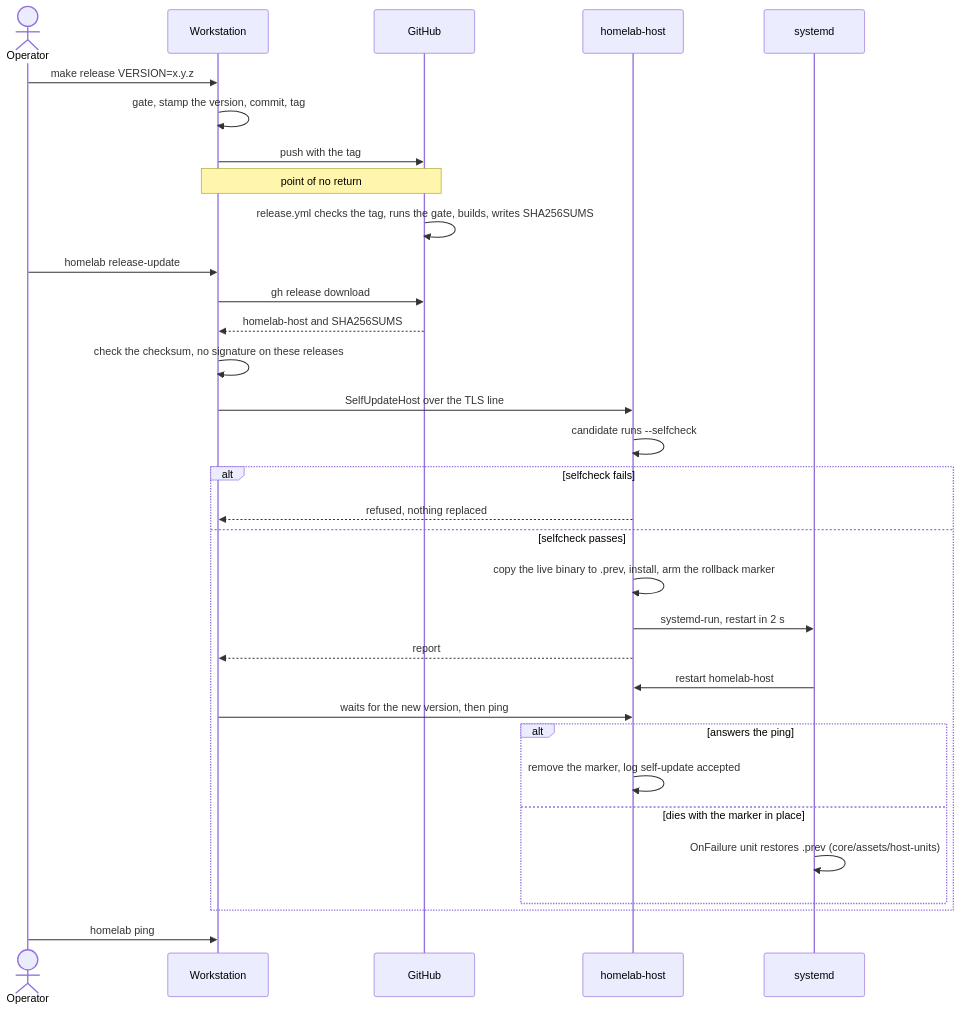
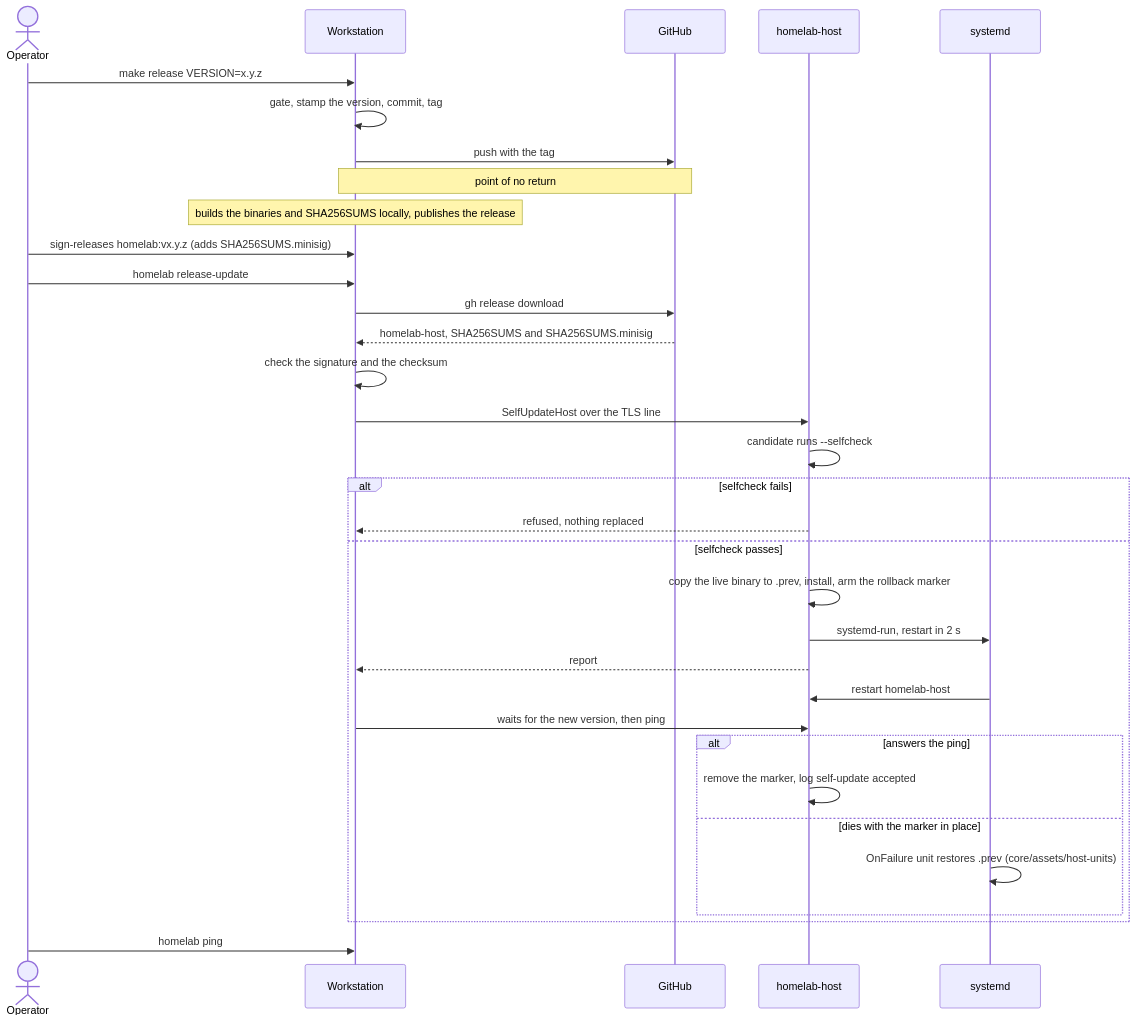
The fourth of 6 diagrams in docs/OPERATIONS_RUNBOOK.md (kennypassenier/homelab), drawn with Mermaid before and after one commit. The commit also changed other lines of this file and 6 other files, not shown here.

````diff
--- a/docs/OPERATIONS_RUNBOOK.md
+++ b/docs/OPERATIONS_RUNBOOK.md
@@ -891,34 +897,35 @@
 ```mermaid
 sequenceDiagram
     actor O as Operator
     participant W as Workstation
     participant G as GitHub
     participant H as homelab-host
     participant S as systemd
     O->>W: make release VERSION=x.y.z
     W->>W: gate, stamp the version, commit, tag
     W->>G: push with the tag
     Note over W,G: point of no return
-    G->>G: release.yml checks the tag, runs the gate, builds, writes SHA256SUMS
+    Note over W: builds the binaries and SHA256SUMS locally, publishes the release
+    O->>W: sign-releases homelab:vx.y.z (adds SHA256SUMS.minisig)
     O->>W: homelab release-update
     W->>G: gh release download
-    G-->>W: homelab-host and SHA256SUMS
-    W->>W: check the checksum, no signature on these releases
+    G-->>W: homelab-host, SHA256SUMS and SHA256SUMS.minisig
+    W->>W: check the signature and the checksum
     W->>H: SelfUpdateHost over the TLS line
     H->>H: candidate runs --selfcheck
     alt selfcheck fails
         H-->>W: refused, nothing replaced
     else selfcheck passes
         H->>H: copy the live binary to .prev, install, arm the rollback marker
         H->>S: systemd-run, restart in 2 s
         H-->>W: report
         S->>H: restart homelab-host
         W->>H: waits for the new version, then ping
         alt answers the ping
             H->>H: remove the marker, log self-update accepted
         else dies with the marker in place
             S->>S: OnFailure unit restores .prev (core/assets/host-units)
         end
     end
     O->>W: homelab ping
 ```
````
